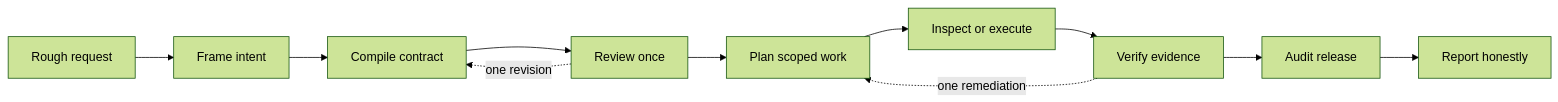
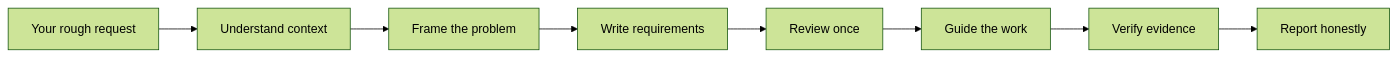
The diagram in README.md (nbjupiterr/Telic), drawn with Mermaid (forest theme) before and after one commit. The commit also changed other lines of this file and 1 other file, not shown here.

````diff
--- a/README.md
+++ b/README.md
@@ -104,13 +33,10 @@
 ```mermaid
 flowchart LR
-    U["Rough request"] --> F["Frame intent"]
-    F --> C["Compile contract"]
-    C --> R["Review once"]
-    R --> P["Plan scoped work"]
-    P --> E["Inspect or execute"]
-    E --> Q["Verify evidence"]
-    Q --> A["Audit release"]
-    A --> O["Report honestly"]
-    R -. one revision .-> C
-    Q -. one remediation .-> P
+    U["Your rough request"] --> C["Understand context"]
+    C --> S["Frame the problem"]
+    S --> R["Write requirements"]
+    R --> Q["Review once"]
+    Q --> W["Guide the work"]
+    W --> V["Verify evidence"]
+    V --> O["Report honestly"]
 ```
````
